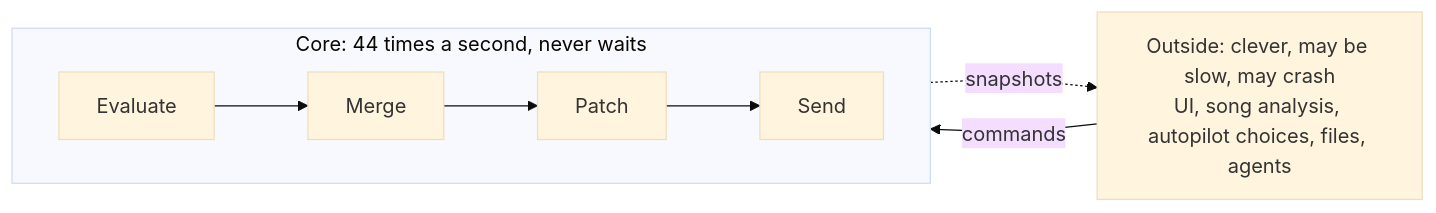
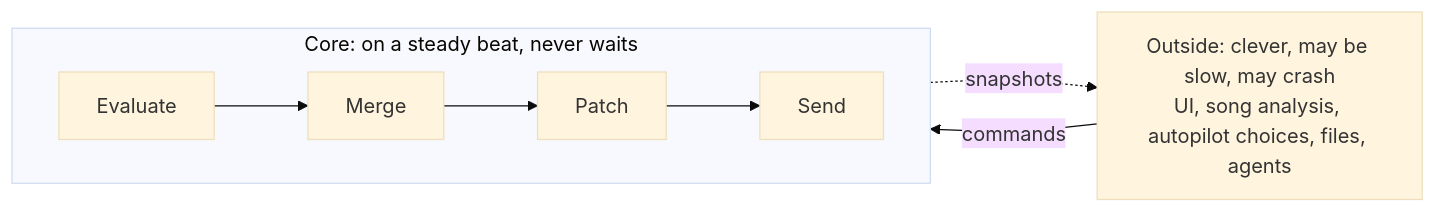
The tenth of 14 diagrams in docs/design/theory.md (abossard/bossylights), drawn with Mermaid (base theme) before and after one commit. The commit also changed other lines of this file and 2 other files, not shown here.

````diff
--- a/docs/design/theory.md
+++ b/docs/design/theory.md
@@ -165,10 +183,10 @@
 ```mermaid
 flowchart LR
   OUTSIDE["Outside: clever, may be slow, may crash<br/>UI, song analysis, autopilot choices, files, agents"]
-  subgraph CORE["Core: 44 times a second, never waits"]
+  subgraph CORE["Core: on a steady beat, never waits"]
     direction LR
     E["Evaluate"] --> M["Merge"] --> P["Patch"] --> S["Send"]
   end
   OUTSIDE -- "commands" --> E
   S -. "snapshots" .-> OUTSIDE
 ```
````
